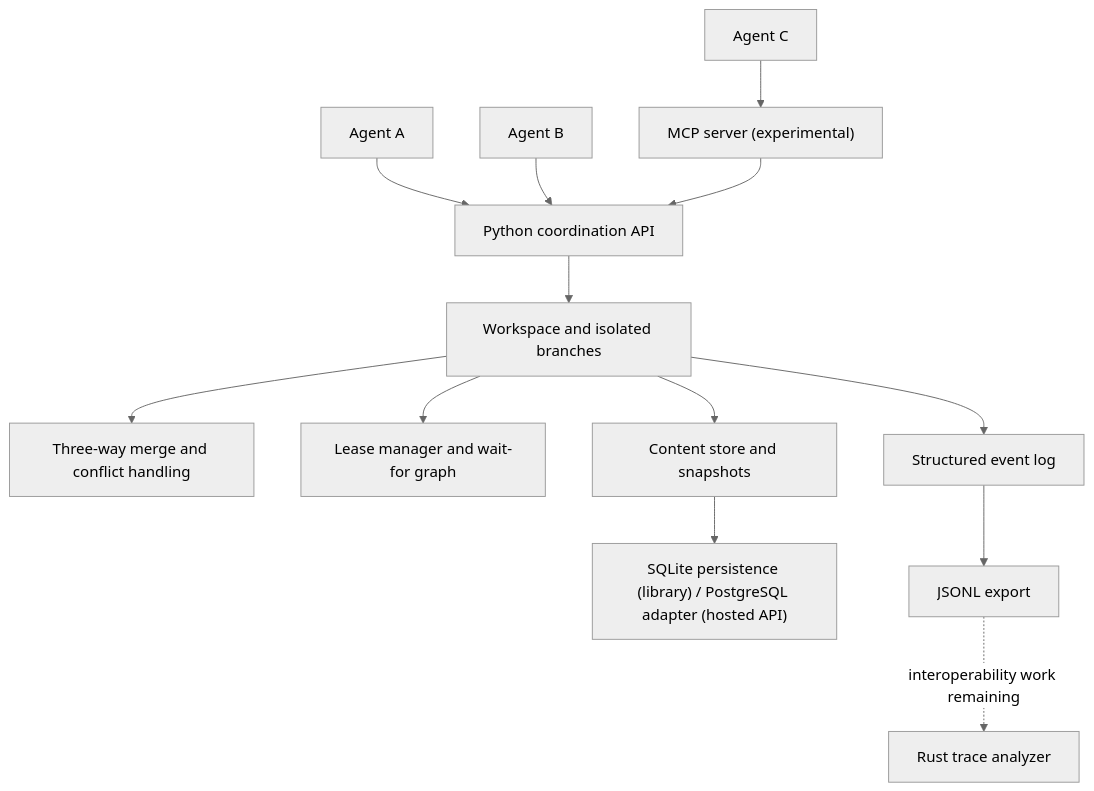
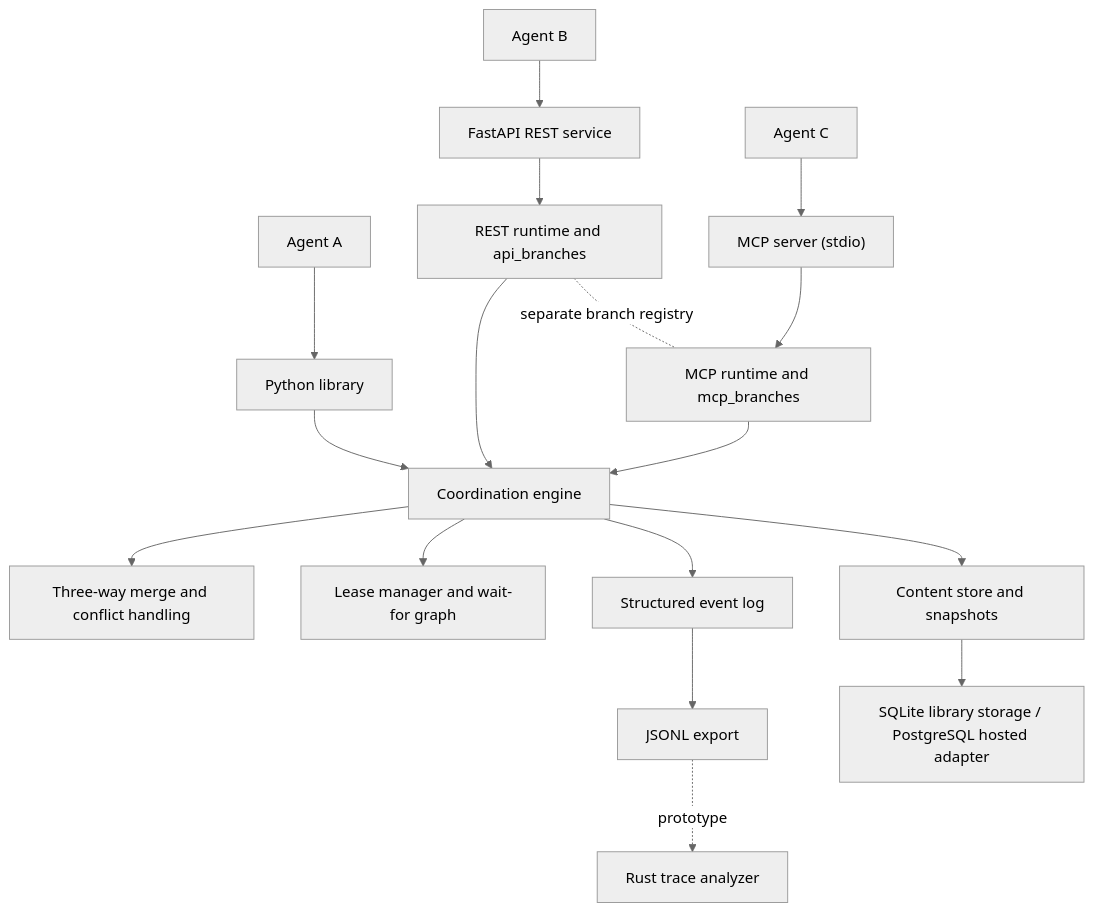
The diagram in README.md (chrismsmr-celcom/ActRun), drawn with Mermaid (neutral theme) before and after one commit.

Commit message:
docs: correct architecture diagram for separate REST and MCP runtimes

````diff
--- a/README.md
+++ b/README.md
@@ -261,15 +261,19 @@
 ```mermaid
 flowchart TD
-    A1["Agent A"] --> SDK["Python coordination API"]
-    A2["Agent B"] --> SDK
-    A3["Agent C"] --> MCP["MCP server (experimental)"]
-    MCP --> SDK
-    SDK --> WS["Workspace and isolated branches"]
-    WS --> MERGE["Three-way merge and conflict handling"]
-    WS --> LEASE["Lease manager and wait-for graph"]
-    WS --> LOG["Structured event log"]
-    WS --> STORE["Content store and snapshots"]
-    STORE --> DB["SQLite persistence (library) / PostgreSQL adapter (hosted API)"]
+    A1["Agent A"] --> LIB["Python library"]
+    A2["Agent B"] --> API["FastAPI REST service"]
+    A3["Agent C"] --> MCP["MCP server (stdio)"]
+    LIB --> CORE["Coordination engine"]
+    API --> REST["REST runtime and api_branches"]
+    MCP --> MCPR["MCP runtime and mcp_branches"]
+    REST --> CORE
+    MCPR --> CORE
+    CORE --> MERGE["Three-way merge and conflict handling"]
+    CORE --> LEASE["Lease manager and wait-for graph"]
+    CORE --> LOG["Structured event log"]
+    CORE --> STORE["Content store and snapshots"]
+    STORE --> DB["SQLite library storage / PostgreSQL hosted adapter"]
     LOG --> JSONL["JSONL export"]
-    JSONL -. "interoperability work remaining" .-> RUST["Rust trace analyzer"]
+    JSONL -. "prototype" .-> RUST["Rust trace analyzer"]
+    REST -. "separate branch registry" .- MCPR
 ```
````
